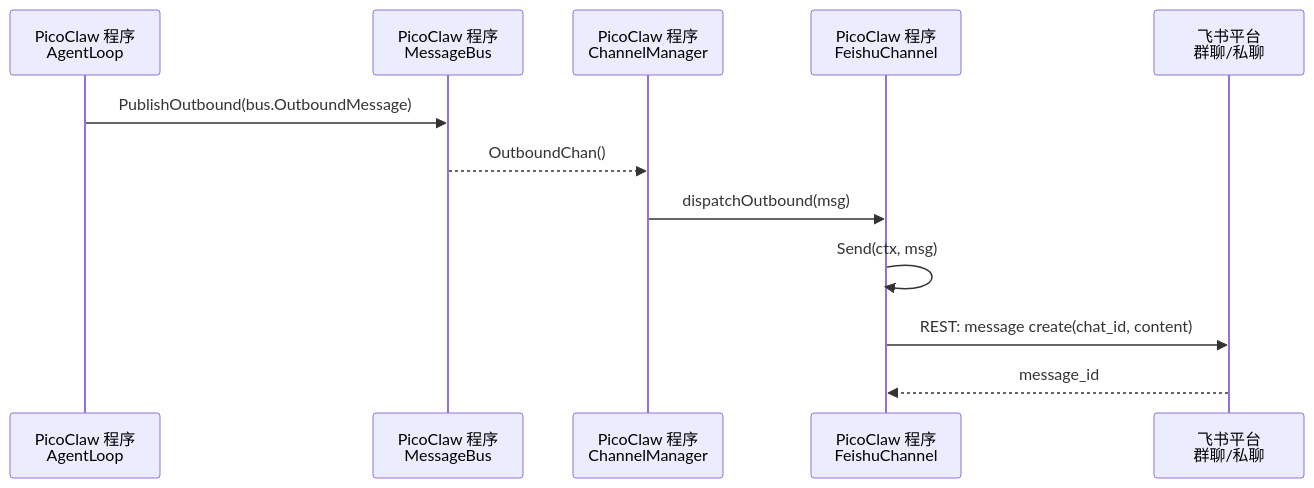
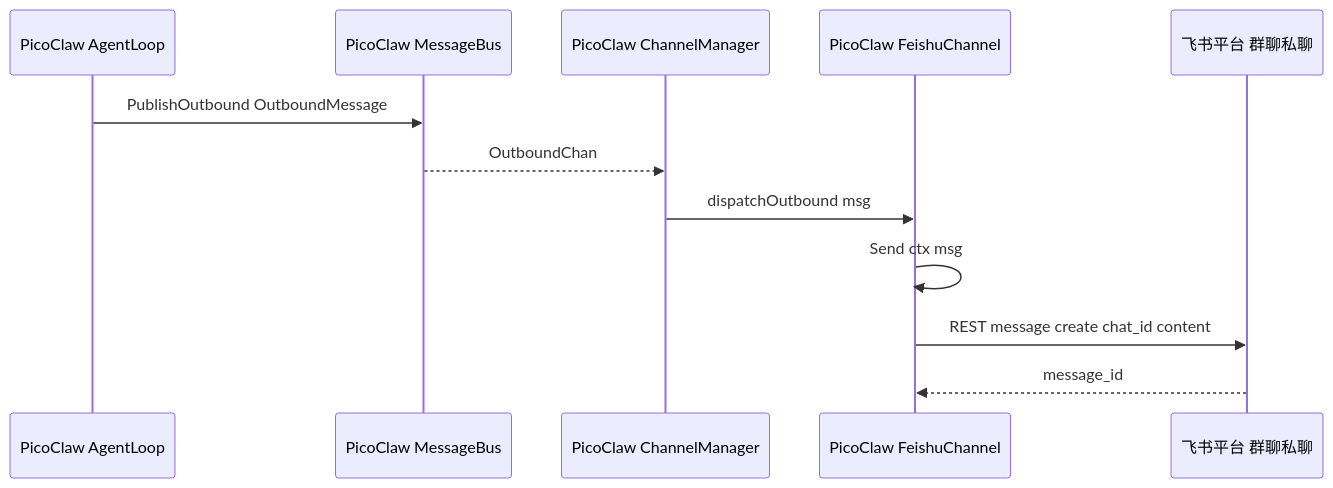
One commit to GatewayJ/csgclaw changed the third of 12 diagrams in docs/channel/codex-feishu.zh.md. Above: the diagram before and after it, drawn with Mermaid. The commit also changed other lines of this file, not shown here.

Commit message:
docs: simplify mermaid sequence syntax

````diff
--- a/docs/channel/codex-feishu.zh.md
+++ b/docs/channel/codex-feishu.zh.md
@@ -59,15 +59,15 @@
 ```mermaid
 sequenceDiagram
-    participant Agent as PicoClaw 程序<br/>AgentLoop
-    participant Bus as PicoClaw 程序<br/>MessageBus
-    participant Manager as PicoClaw 程序<br/>ChannelManager
-    participant Channel as PicoClaw 程序<br/>FeishuChannel
-    participant Feishu as 飞书平台<br/>群聊/私聊
+    participant Agent as PicoClaw AgentLoop
+    participant Bus as PicoClaw MessageBus
+    participant Manager as PicoClaw ChannelManager
+    participant Channel as PicoClaw FeishuChannel
+    participant Feishu as 飞书平台 群聊私聊
 
-    Agent->>Bus: PublishOutbound(bus.OutboundMessage)
-    Bus-->>Manager: OutboundChan()
-    Manager->>Channel: dispatchOutbound(msg)
-    Channel->>Channel: Send(ctx, msg)
-    Channel->>Feishu: REST: message create(chat_id, content)
+    Agent->>Bus: PublishOutbound OutboundMessage
+    Bus-->>Manager: OutboundChan
+    Manager->>Channel: dispatchOutbound msg
+    Channel->>Channel: Send ctx msg
+    Channel->>Feishu: REST message create chat_id content
     Feishu-->>Channel: message_id
 ```
````
